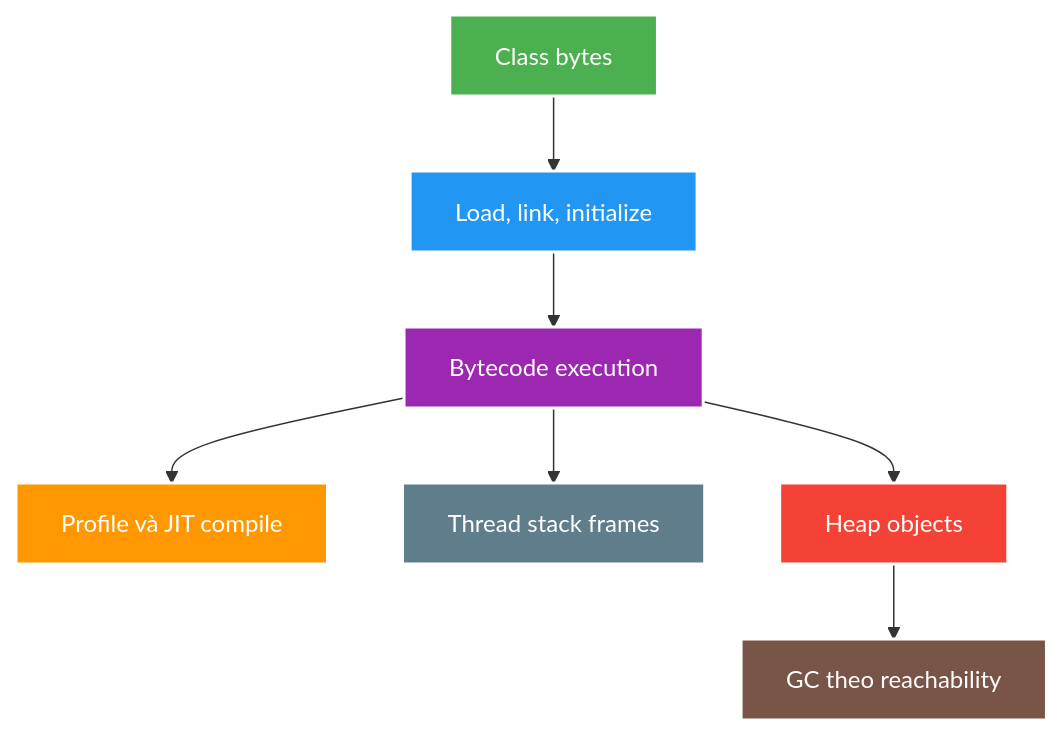
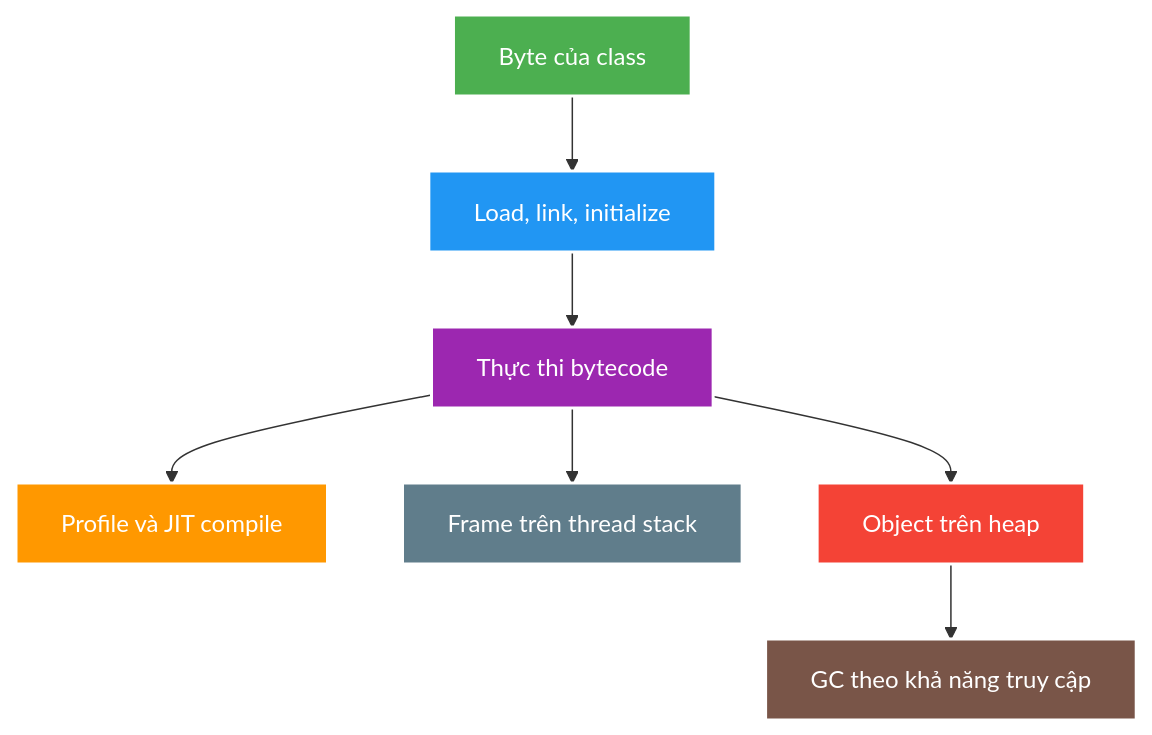
Before and after one commit to HungPhan200591/live-stream-backend: the diagram in docs/learning/topics/java/theory/core/jvm-class-loading-bytecode-and-memory.md, drawn with Mermaid. The commit also changed 177 other files, not shown here.

````diff
--- a/docs/learning/topics/java/theory/core/jvm-class-loading-bytecode-and-memory.md
+++ b/docs/learning/topics/java/theory/core/jvm-class-loading-bytecode-and-memory.md
@@ -30,16 +30,16 @@
 ```mermaid
 flowchart TB
-    C["Class bytes"] --> L["Load, link, initialize"]
-    L --> B["Bytecode execution"]
+    C["Byte của class"] --> L["Load, link, initialize"]
+    L --> B["Thực thi bytecode"]
     B --> J["Profile và JIT compile"]
-    B --> S["Thread stack frames"]
-    B --> H["Heap objects"]
-    H --> G["GC theo reachability"]
+    B --> S["Frame trên thread stack"]
+    B --> H["Object trên heap"]
+    H --> G["GC theo khả năng truy cập"]
     style C fill:#4CAF50,stroke:#fff,stroke-width:2px,color:#fff
     style L fill:#2196F3,stroke:#fff,stroke-width:2px,color:#fff
     style B fill:#9C27B0,stroke:#fff,stroke-width:2px,color:#fff
     style J fill:#FF9800,stroke:#fff,stroke-width:2px,color:#fff
     style S fill:#607D8B,stroke:#fff,stroke-width:2px,color:#fff
     style H fill:#F44336,stroke:#fff,stroke-width:2px,color:#fff
     style G fill:#795548,stroke:#fff,stroke-width:2px,color:#fff
 ```
````
